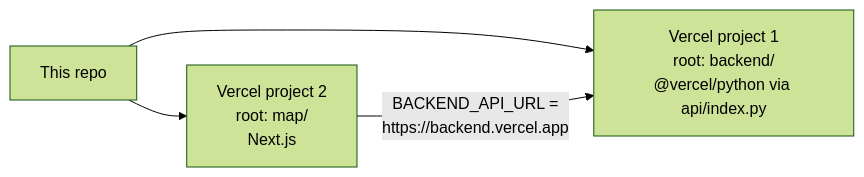
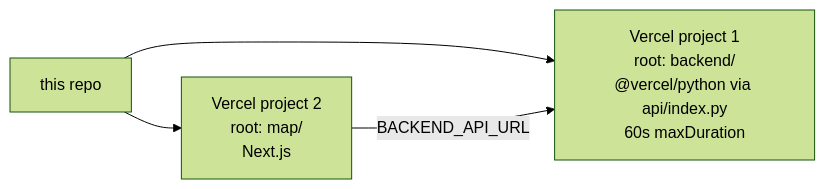
The sixth of 6 diagrams in README.md (AidanColvin/map-elt-research-graph-3), drawn with Mermaid (forest theme) before and after one commit. The commit also changed other lines of this file, not shown here.

````diff
--- a/README.md
+++ b/README.md
@@ -162,6 +424,6 @@
 ```mermaid
 flowchart LR
-    R[This repo] --> V1["Vercel project 1<br/>root: backend/<br/>@vercel/python via api/index.py"]
+    R[this repo] --> V1["Vercel project 1<br/>root: backend/<br/>@vercel/python via api/index.py<br/>60s maxDuration"]
     R --> V2["Vercel project 2<br/>root: map/<br/>Next.js"]
-    V2 -- "BACKEND_API_URL =<br/>https://backend.vercel.app" --> V1
+    V2 -- "BACKEND_API_URL" --> V1
 ```
````
